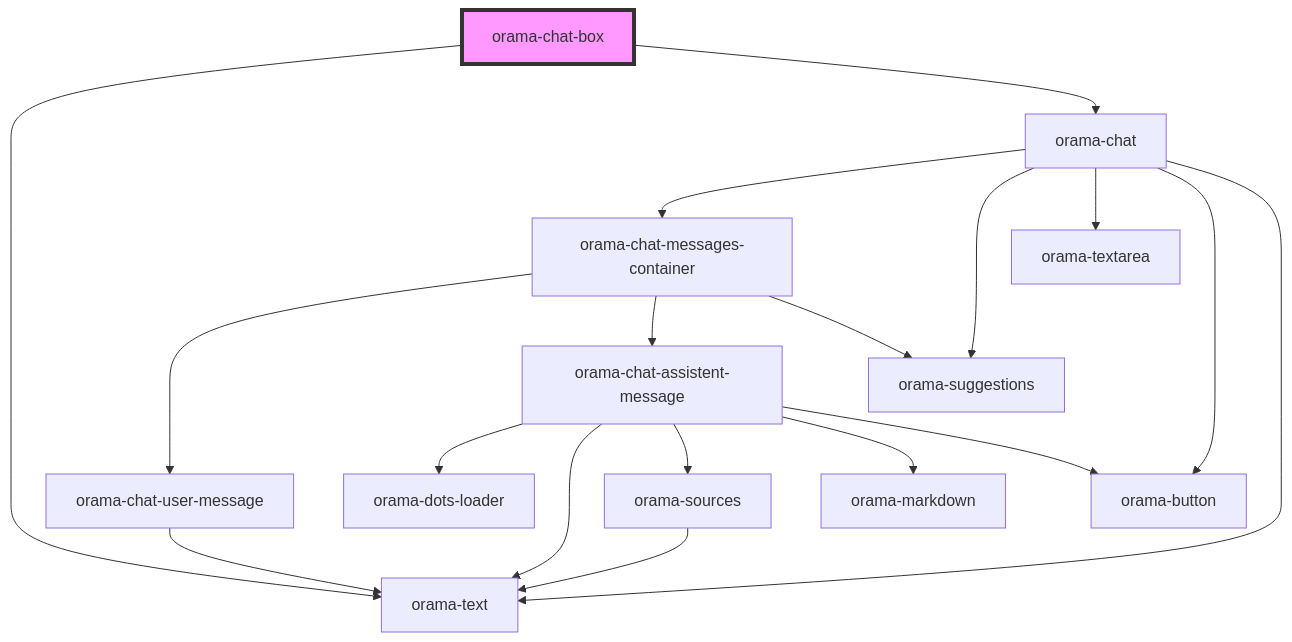
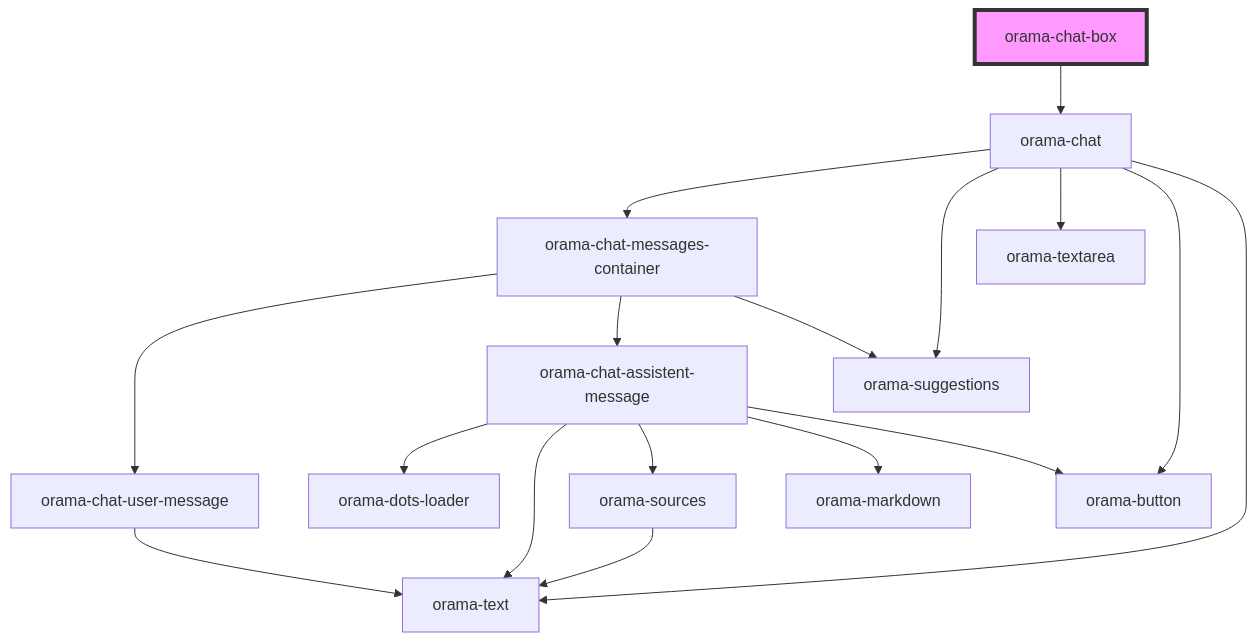
The diagram in packages/ui-stencil/src/components/orama-chat-box/readme.md (oramasearch/orama-ui-components), drawn with Mermaid before and after one commit. The commit also changed other lines of this file and 7 other files, not shown here.

````diff
--- a/packages/ui-stencil/src/components/orama-chat-box/readme.md
+++ b/packages/ui-stencil/src/components/orama-chat-box/readme.md
@@ -52,21 +51,20 @@
 ```mermaid
 graph TD;
-  orama-chat-box --> orama-text
   orama-chat-box --> orama-chat
   orama-chat --> orama-chat-messages-container
   orama-chat --> orama-suggestions
   orama-chat --> orama-textarea
   orama-chat --> orama-button
   orama-chat --> orama-text
   orama-chat-messages-container --> orama-chat-user-message
   orama-chat-messages-container --> orama-chat-assistent-message
   orama-chat-messages-container --> orama-suggestions
   orama-chat-user-message --> orama-text
   orama-chat-assistent-message --> orama-dots-loader
   orama-chat-assistent-message --> orama-text
   orama-chat-assistent-message --> orama-sources
   orama-chat-assistent-message --> orama-markdown
   orama-chat-assistent-message --> orama-button
   orama-sources --> orama-text
   style orama-chat-box fill:#f9f,stroke:#333,stroke-width:4px
 ```
````
